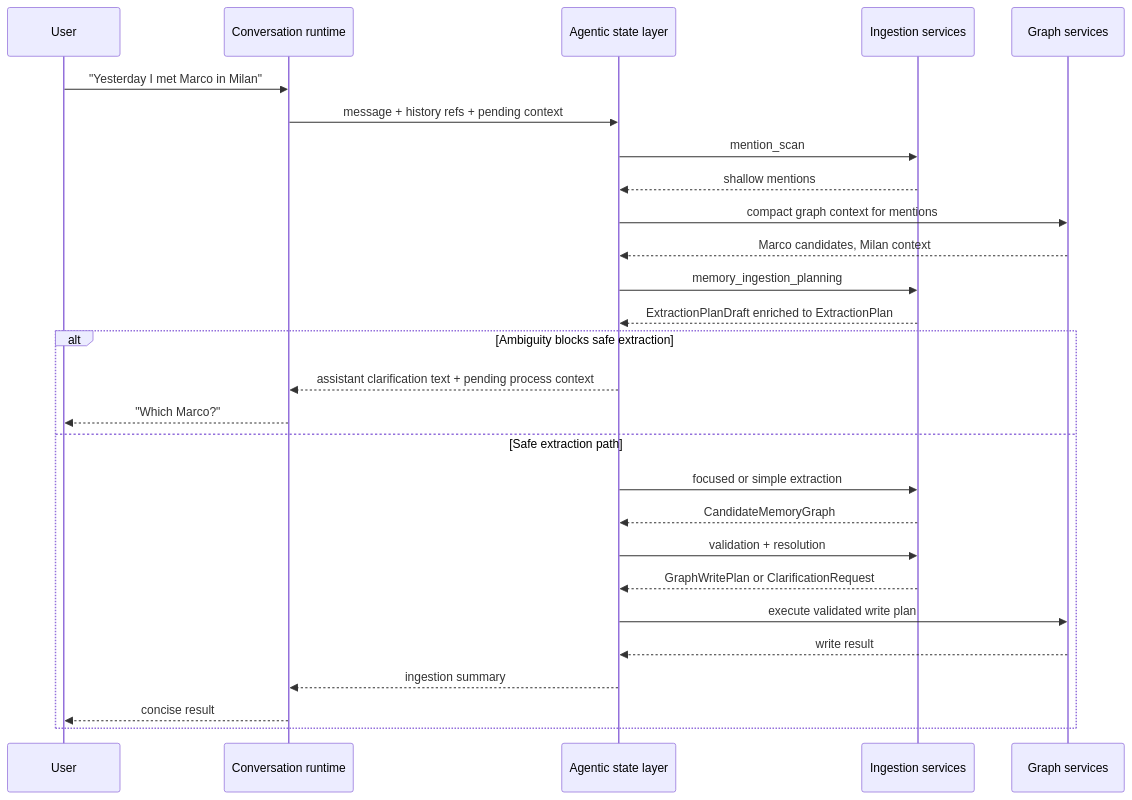
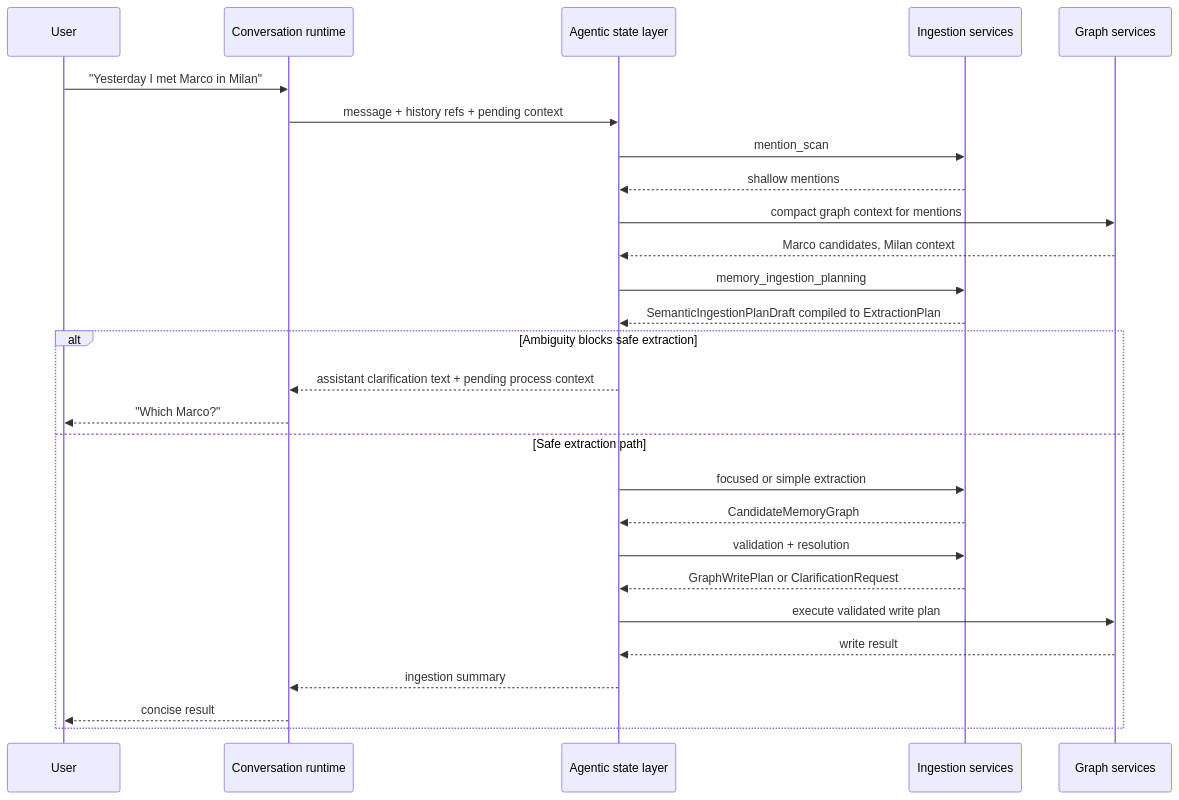
The third of 3 diagrams in docs/architecture/agentic-orchestration.md (applebar17/my-digital-brain), drawn with Mermaid before and after one commit. The commit also changed other lines of this file and 28 other files, not shown here.

````diff
--- a/docs/architecture/agentic-orchestration.md
+++ b/docs/architecture/agentic-orchestration.md
@@ -297,30 +298,30 @@
 ```mermaid
 sequenceDiagram
     participant U as User
     participant R as Conversation runtime
     participant O as Agentic state layer
     participant I as Ingestion services
     participant G as Graph services
 
     U->>R: "Yesterday I met Marco in Milan"
     R->>O: message + history refs + pending context
     O->>I: mention_scan
     I-->>O: shallow mentions
     O->>G: compact graph context for mentions
     G-->>O: Marco candidates, Milan context
     O->>I: memory_ingestion_planning
-    I-->>O: ExtractionPlanDraft enriched to ExtractionPlan
+    I-->>O: SemanticIngestionPlanDraft compiled to ExtractionPlan
     alt Ambiguity blocks safe extraction
         O-->>R: assistant clarification text + pending process context
         R-->>U: "Which Marco?"
     else Safe extraction path
         O->>I: focused or simple extraction
         I-->>O: CandidateMemoryGraph
         O->>I: validation + resolution
         I-->>O: GraphWritePlan or ClarificationRequest
         O->>G: execute validated write plan
         G-->>O: write result
         O-->>R: ingestion summary
         R-->>U: concise result
     end
 ```
````
